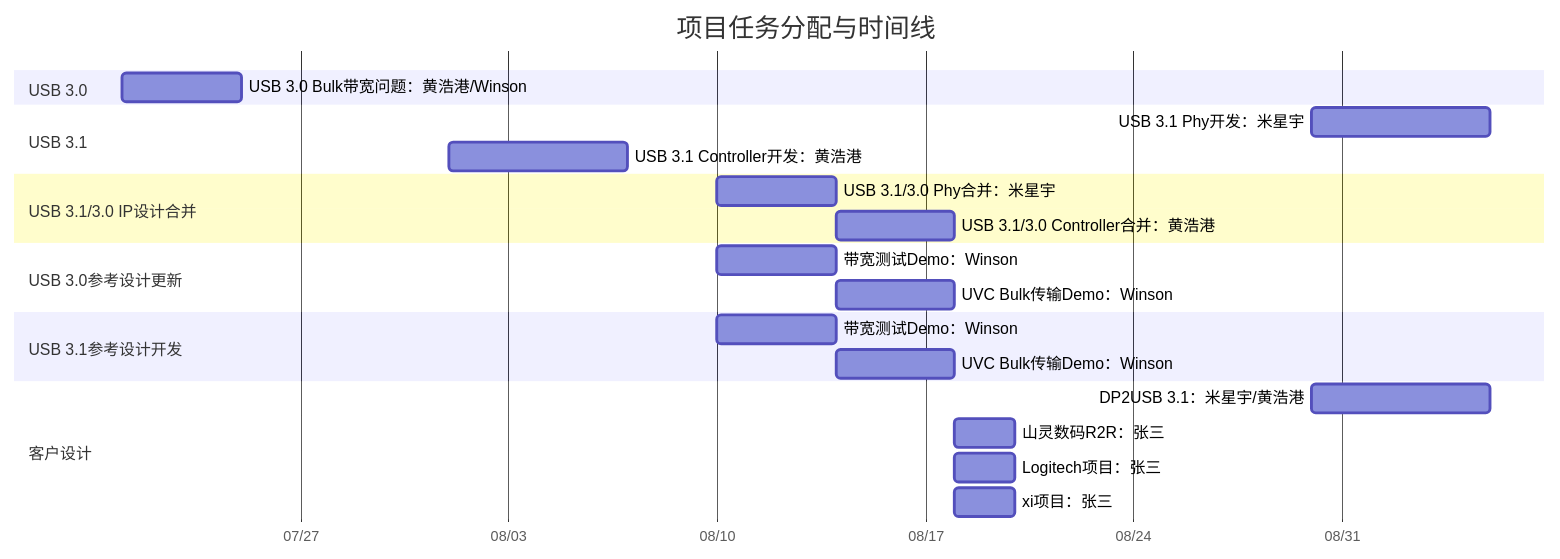
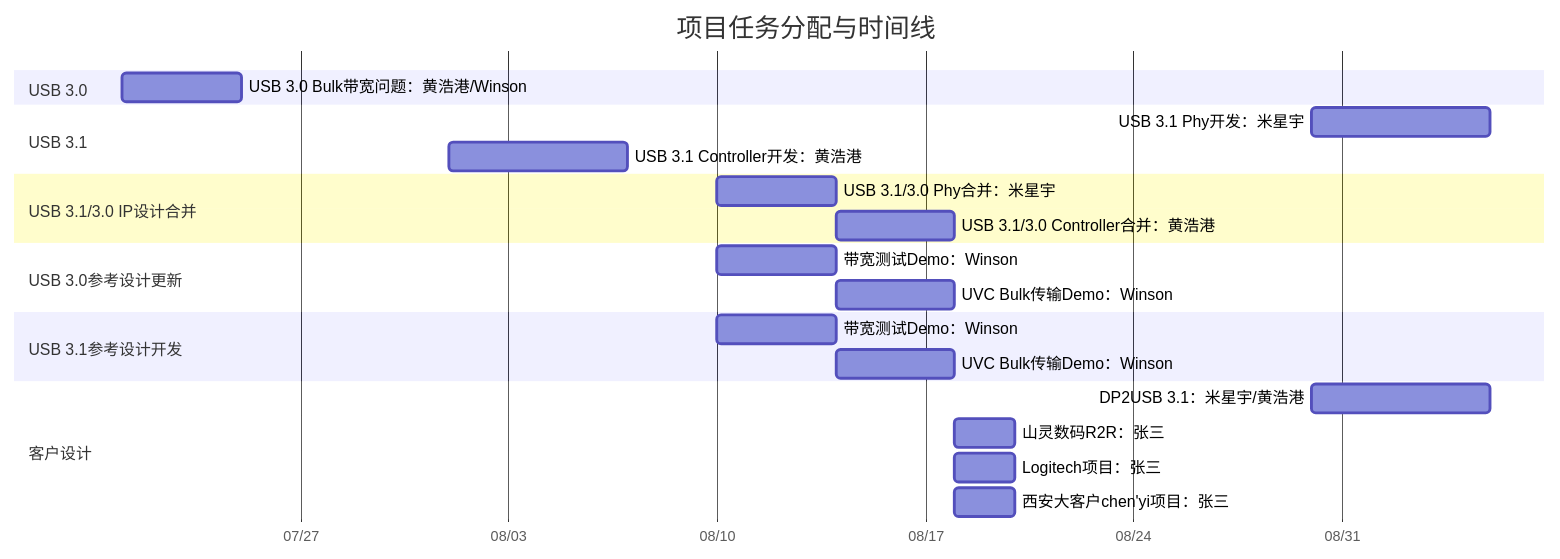
Before and after one commit to winsonbook/iodraw-files: the diagram in all/未命名.md, drawn with Mermaid.

Commit message:
2025-07-21 10:06:25 update

````diff
--- a/all/未命名.md
+++ b/all/未命名.md
@@ -1,34 +1,34 @@
 ```mermaid
 gantt
     title 项目任务分配与时间线
     dateFormat  YYYY-MM-DD
     axisFormat  %m/%d
 
     section USB 3.0
     USB 3.0 Bulk带宽问题：黄浩港/Winson   :    task1, 2025-07-21, 4d
 
     section USB 3.1
     USB 3.1 Phy开发：米星宇      :         task2, 2025-08-30, 6d
     USB 3.1 Controller开发：黄浩港      :  task3, 2025-08-01, 6d
 
     section Meta项目
 
 
     section USB 3.1/3.0 IP设计合并
     USB 3.1/3.0 Phy合并：米星宇       :    task5, 2025-08-10, 4d
     USB 3.1/3.0 Controller合并：黄浩港:    task6, 2025-08-14, 4d
 
     section USB 3.0参考设计更新
     带宽测试Demo：Winson       :         task7, 2025-08-10, 4d
     UVC Bulk传输Demo：Winson   :        task8, 2025-08-14, 4d
 
     section USB 3.1参考设计开发
     带宽测试Demo：Winson       :         task9, 2025-08-10, 4d
     UVC Bulk传输Demo：Winson   :         task19, 2025-08-14, 4d
 
     section 客户设计
     DP2USB 3.1：米星宇/黄浩港      :         task4, 2025-08-30, 6d
     山灵数码R2R：张三 :         task8, 2025-08-18, 2d
     Logitech项目：张三 :         task8, 2025-08-18, 2d
-    xi项目：张三 :         task8, 2025-08-18, 2d
+    西安大客户chen'yi项目：张三 :         task8, 2025-08-18, 2d
 ```
````
